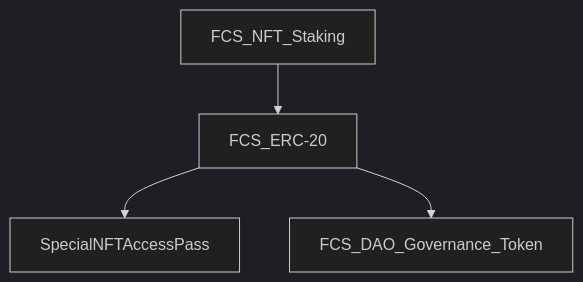
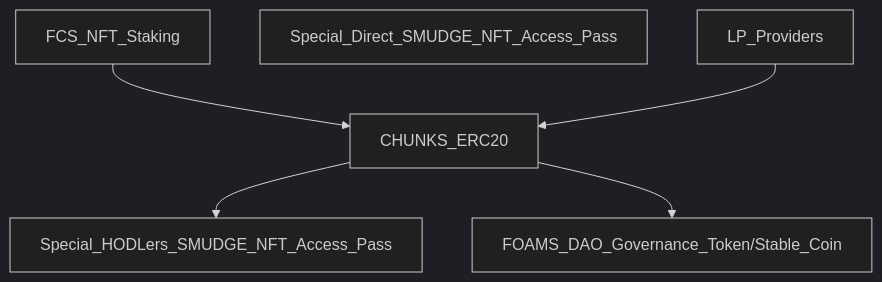
The second of 2 diagrams in White Papers/KD NFT/README.md (WrappedUsername/Web-Dev-Notes), drawn with Mermaid (dark theme) before and after one commit. The commit also changed other lines of this file, not shown here.

````diff
--- a/White Papers/KD NFT/README.md
+++ b/White Papers/KD NFT/README.md
@@ -2,7 +63,9 @@
 ```mermaid
 graph TD;
-FCS_NFT_Staking-->FCS_ERC-20
-FCS_ERC-20-->SpecialNFTAccessPass
-FCS_ERC-20-->FCS_DAO_Governance_Token
+FCS_NFT_Staking-->CHUNKS_ERC20
+Special_Direct_SMUDGE_NFT_Access_Pass
+LP_Providers-->CHUNKS_ERC20
+CHUNKS_ERC20-->Special_HODLers_SMUDGE_NFT_Access_Pass
+CHUNKS_ERC20-->FOAMS_DAO_Governance_Token/Stable_Coin
 
 ```
````
